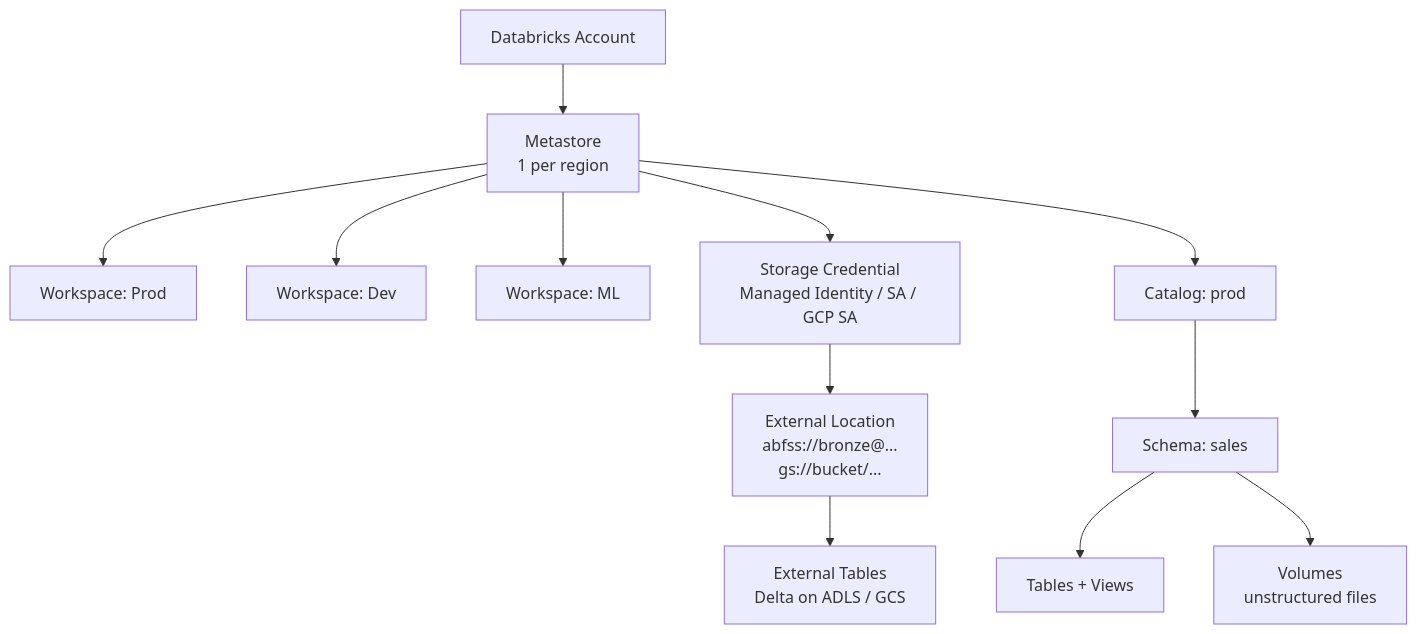
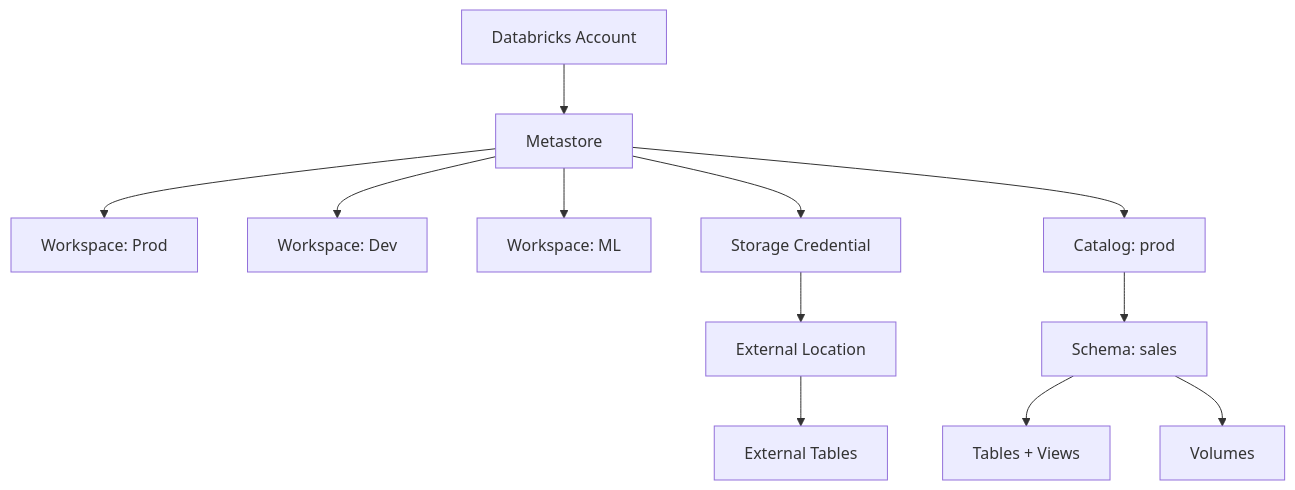
One commit to gcmishra7/data-engineering-helper changed the diagram in 05-databricks/06-unity-catalog-advanced.md. Above: the diagram before and after it, drawn with Mermaid. The commit also changed other lines of this file and 57 other files, not shown here.

First line of the commit message:
Shorten mermaid node labels to fix text truncation on GitHub

````diff
--- a/05-databricks/06-unity-catalog-advanced.md
+++ b/05-databricks/06-unity-catalog-advanced.md
@@ -8,17 +8,17 @@
 ```mermaid
 graph TD
-    ACC[Databricks Account] --> MS[Metastore<br/>1 per region]
+    ACC[Databricks Account] --> MS[Metastore]
 
     MS --> WP[Workspace: Prod]
     MS --> WD[Workspace: Dev]
     MS --> WM[Workspace: ML]
 
-    MS --> SC[Storage Credential<br/>Managed Identity / SA / GCP SA]
-    SC --> EL[External Location<br/>abfss://bronze@... <br/>gs://bucket/...]
-    EL --> ET[External Tables<br/>Delta on ADLS / GCS]
+    MS --> SC[Storage Credential]
+    SC --> EL[External Location]
+    EL --> ET[External Tables]
 
     MS --> CAT[Catalog: prod]
     CAT --> SCH[Schema: sales]
     SCH --> TBL[Tables + Views]
-    SCH --> VOL[Volumes<br/>unstructured files]
+    SCH --> VOL[Volumes]
 ```
````
